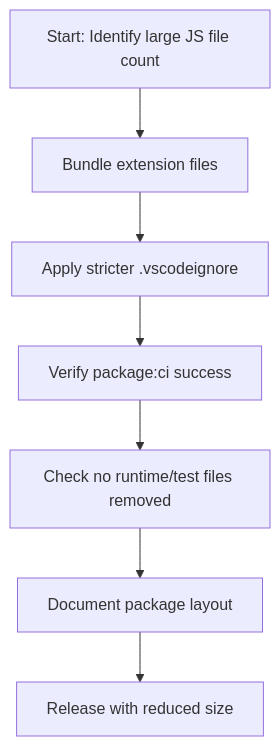
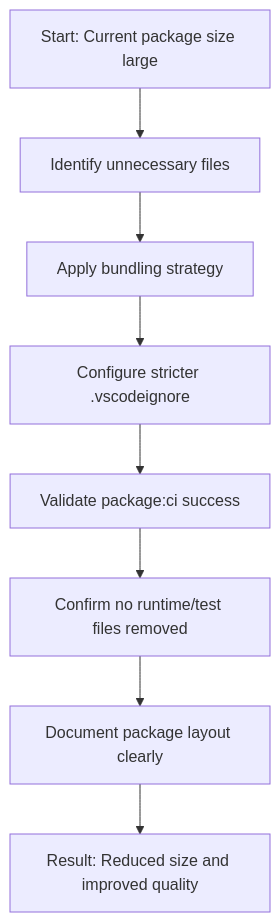
Before and after one commit to AlexAgo83/logics-manager: the diagram in logics/request/req_052_reduce_extension_package_size_and_file_count_for_release_quality.md, drawn with Mermaid. The commit also changed 50 other files, not shown here.

````diff
--- a/logics/request/req_052_reduce_extension_package_size_and_file_count_for_release_quality.md
+++ b/logics/request/req_052_reduce_extension_package_size_and_file_count_for_release_quality.md
@@ -10,11 +10,12 @@
 ```mermaid
 %% logics-kind: request
 %% logics-signature: request|reduce-extension-package-size-and-file-c|reduce-the-number-of-files-and|ac1-the-packaged-vsix-includes-fewer
 flowchart TD
-  A[Start: Identify large JS file count] --> B[Bundle extension files]
-  B --> C[Apply stricter .vscodeignore]
-  C --> D[Verify package:ci success]
-  D --> E[Check no runtime/test files removed]
-  E --> F[Document package layout]
-  F --> G[Release with reduced size]
+    A[Start: Current package size large] --> B[Identify unnecessary files]
+    B --> C[Apply bundling strategy]
+    C --> D[Configure stricter .vscodeignore]
+    D --> E[Validate package:ci success]
+    E --> F[Confirm no runtime/test files removed]
+    F --> G[Document package layout clearly]
+    G --> H[Result: Reduced size and improved quality]
 ```
````
